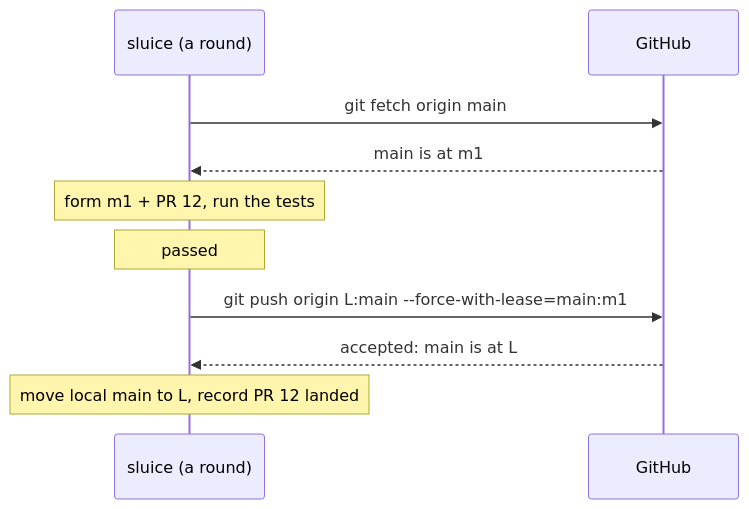
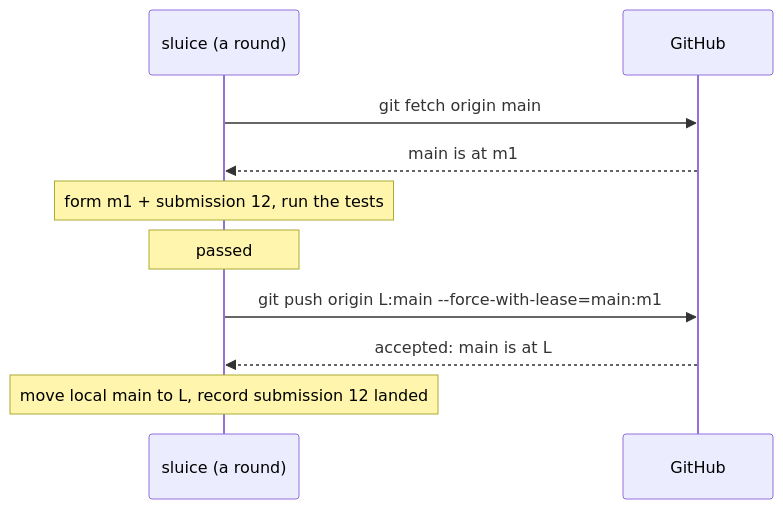
Before and after one commit to agentplot/sluice: the diagram in site/src/content/docs/guides/github.md, drawn with Mermaid.

Commit message:
docs(site): the GitHub guide's diagram names a submission, not a pull request

````diff
--- a/site/src/content/docs/guides/github.md
+++ b/site/src/content/docs/guides/github.md
@@ -49,12 +49,12 @@
 ```mermaid
 sequenceDiagram
     participant S as sluice (a round)
     participant G as GitHub
     S->>G: git fetch origin main
     G-->>S: main is at m1
-    Note over S: form m1 + PR 12, run the tests
+    Note over S: form m1 + submission 12, run the tests
     Note over S: passed
     S->>G: git push origin L:main --force-with-lease=main:m1
     G-->>S: accepted: main is at L
-    Note over S: move local main to L, record PR 12 landed
+    Note over S: move local main to L, record submission 12 landed
 ```
````
